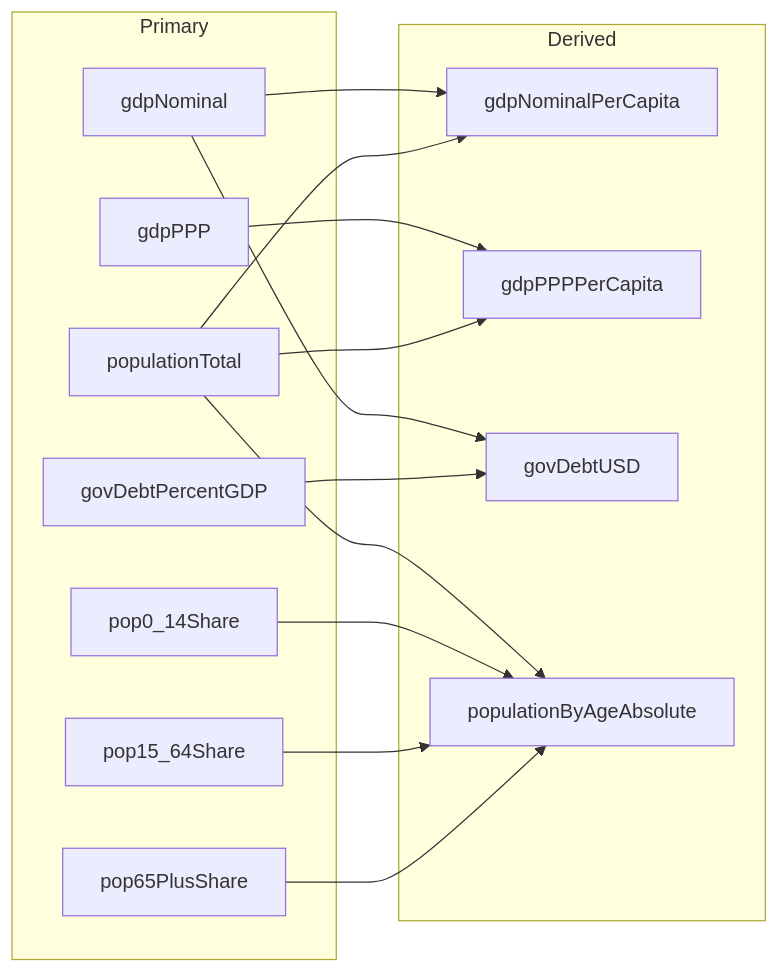
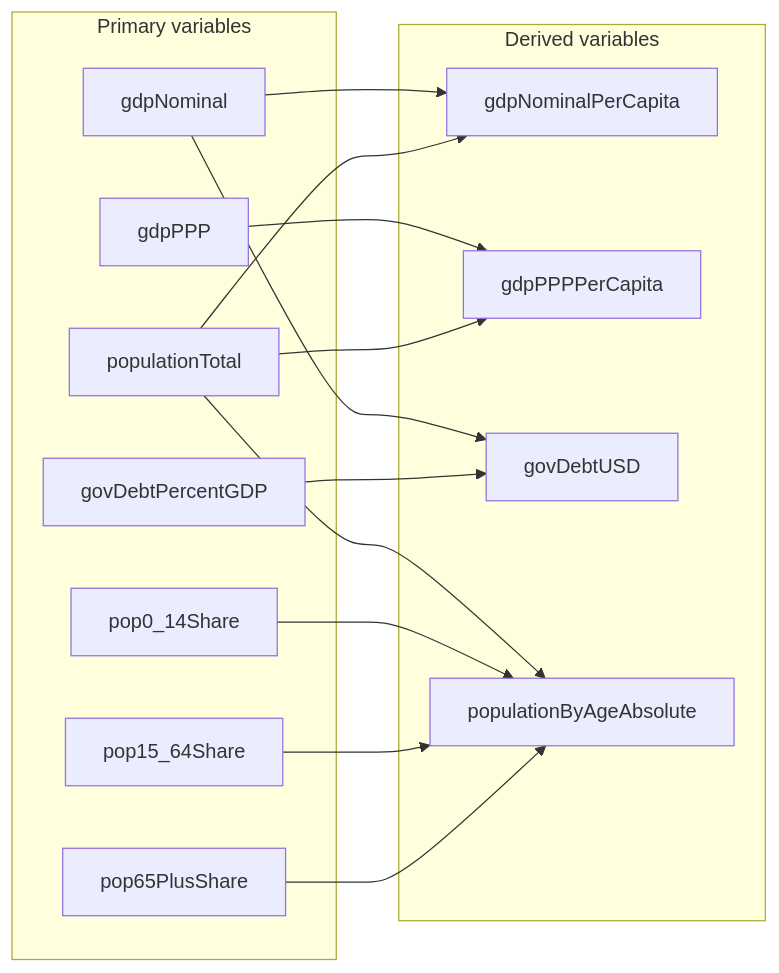
Before and after one commit to RifqiMT/country-analytics-dashboard: the first of 2 diagrams in docs/VARIABLES.md, drawn with Mermaid. The commit also changed other lines of this file and 10 other files, not shown here.

````diff
--- a/docs/VARIABLES.md
+++ b/docs/VARIABLES.md
@@ -186,28 +187,28 @@
 ```mermaid
 flowchart LR
-  subgraph Primary
+  subgraph Primary["Primary variables"]
     gdpNominal[gdpNominal]
     gdpPPP[gdpPPP]
     populationTotal[populationTotal]
     govDebtPercentGDP[govDebtPercentGDP]
     pop0_14[pop0_14Share]
     pop15_64[pop15_64Share]
     pop65[pop65PlusShare]
   end
-  subgraph Derived
+  subgraph Derived["Derived variables"]
     gdpPC[gdpNominalPerCapita]
     gdpPPPpc[gdpPPPPerCapita]
     govDebtUSD[govDebtUSD]
     popByAge[populationByAgeAbsolute]
   end
   gdpNominal --> gdpPC
   populationTotal --> gdpPC
   gdpPPP --> gdpPPPpc
   populationTotal --> gdpPPPpc
   gdpNominal --> govDebtUSD
   govDebtPercentGDP --> govDebtUSD
   populationTotal --> popByAge
   pop0_14 --> popByAge
   pop15_64 --> popByAge
   pop65 --> popByAge
 ```
````
